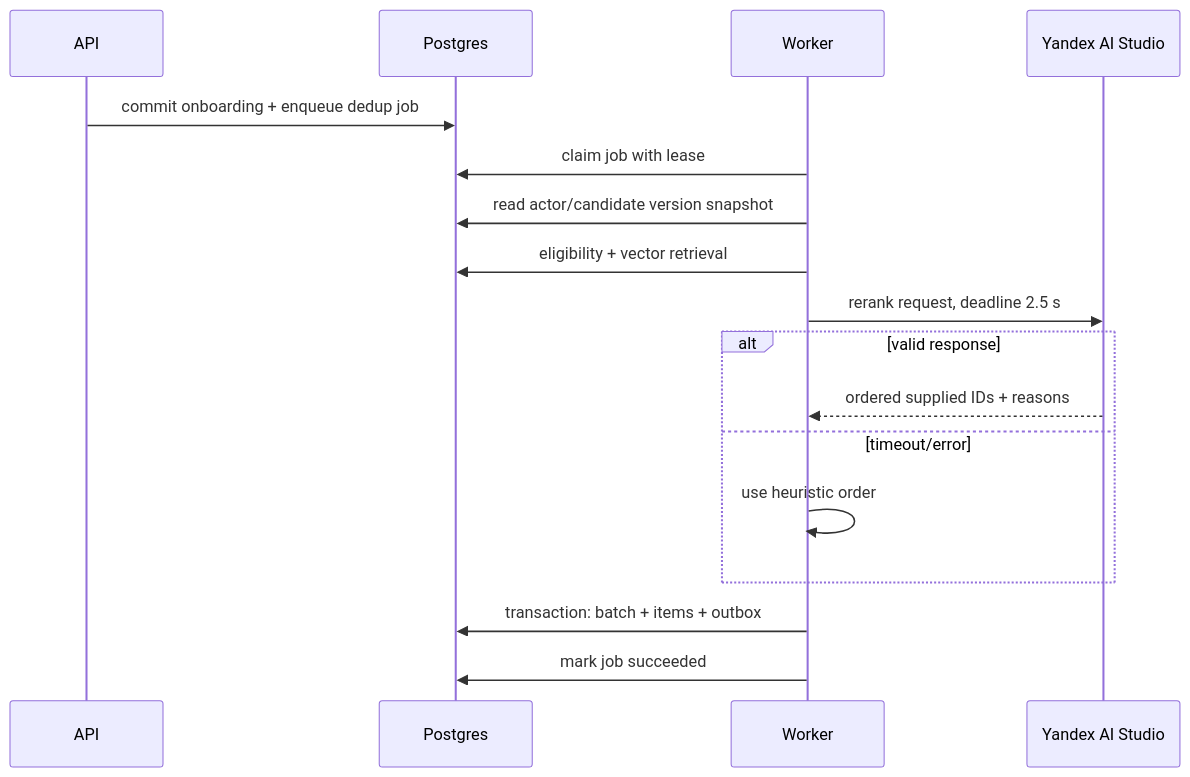
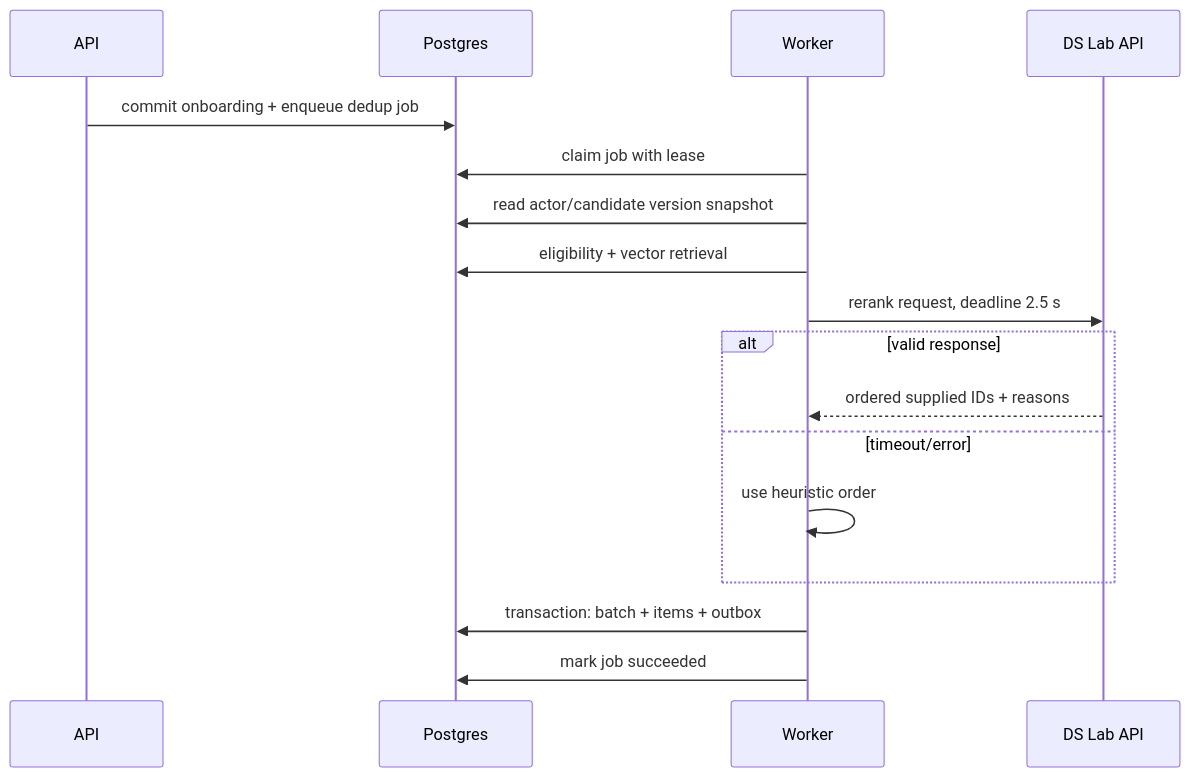
The second of 2 diagrams in docs/architecture/recommendation-system.md (ek2kk/ai-matchmaker), drawn with Mermaid before and after one commit. The commit also changed other lines of this file and 56 other files, not shown here.

````diff
--- a/docs/architecture/recommendation-system.md
+++ b/docs/architecture/recommendation-system.md
@@ -95,20 +95,20 @@
 ```mermaid
 sequenceDiagram
     participant API
     participant DB as Postgres
     participant W as Worker
-    participant LLM as Yandex AI Studio
+    participant LLM as DS Lab API
 
     API->>DB: commit onboarding + enqueue dedup job
     W->>DB: claim job with lease
     W->>DB: read actor/candidate version snapshot
     W->>DB: eligibility + vector retrieval
     W->>LLM: rerank request, deadline 2.5 s
     alt valid response
         LLM-->>W: ordered supplied IDs + reasons
     else timeout/error
         W->>W: use heuristic order
     end
     W->>DB: transaction: batch + items + outbox
     W->>DB: mark job succeeded
 ```
````
